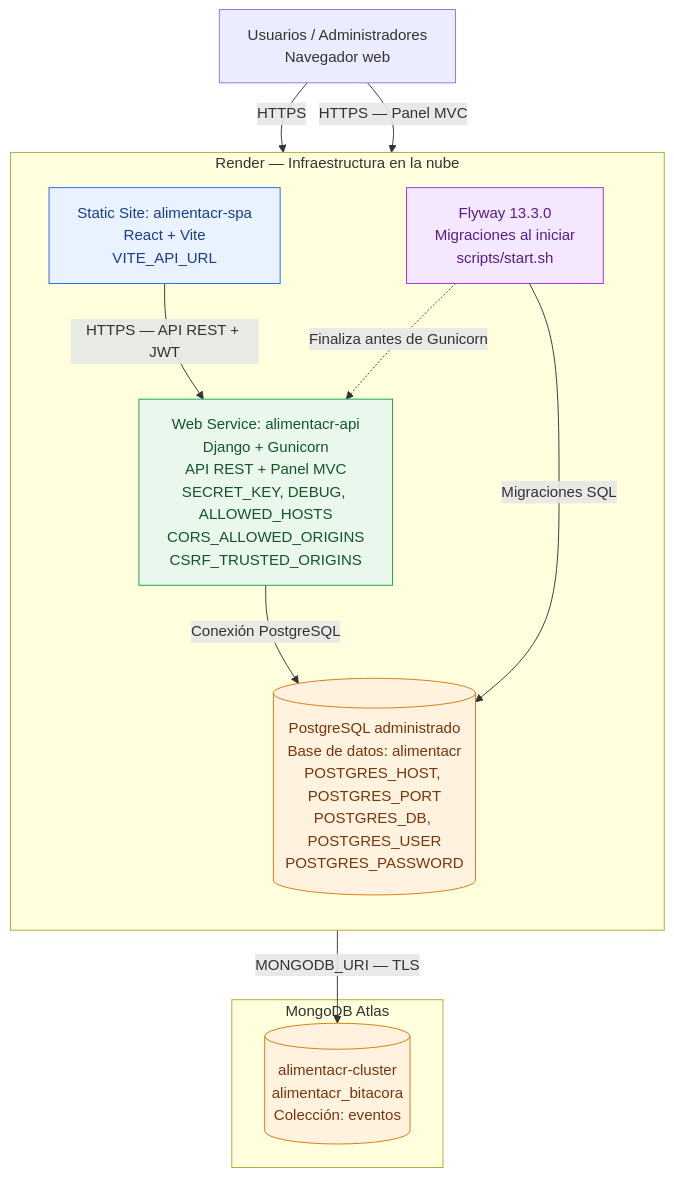
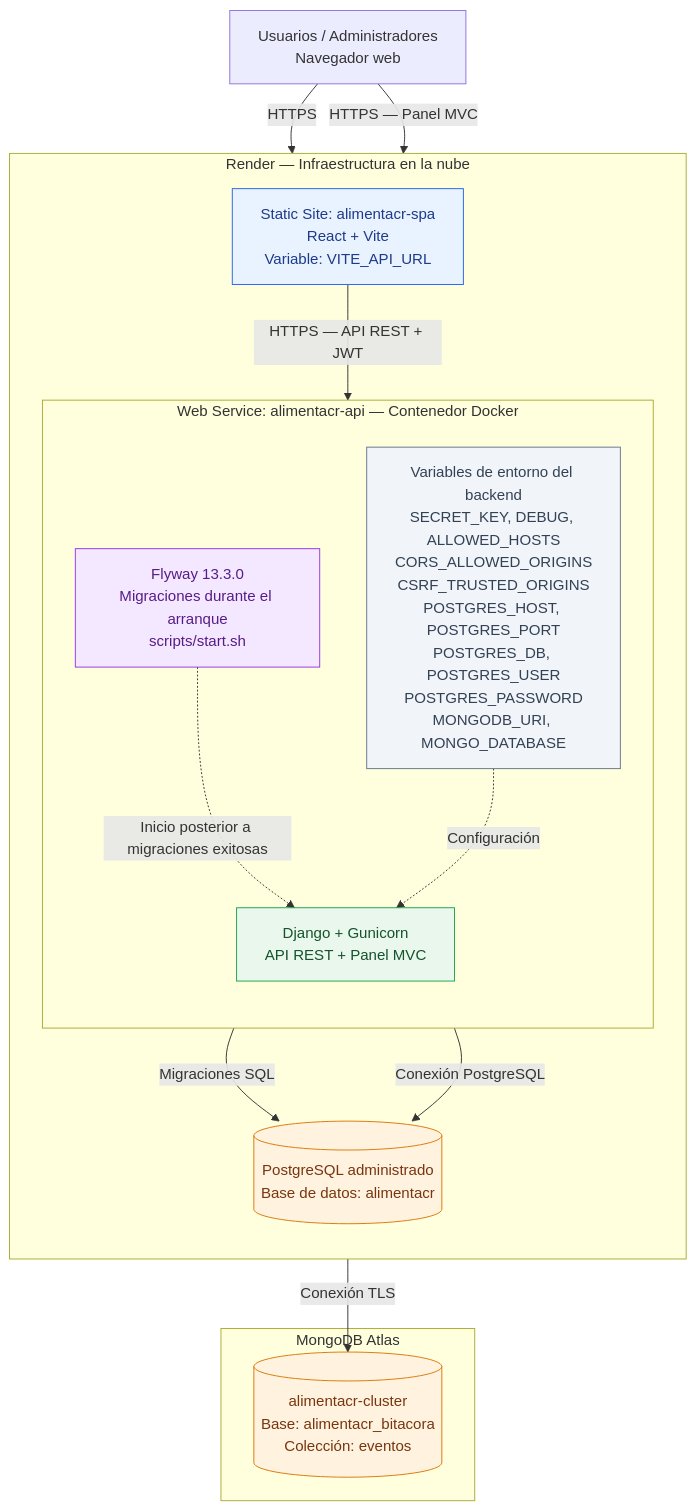
Before and after one commit to KevinSalbra/EIF509-PlataformaDonaciones: the diagram in docs/arquitectura/diagrama-despliegue.md, drawn with Mermaid. The commit also changed other lines of this file, not shown here.

Commit message:
fix: modificacion del grafico de despliegue

````diff
--- a/docs/arquitectura/diagrama-despliegue.md
+++ b/docs/arquitectura/diagrama-despliegue.md
@@ -9,41 +8,50 @@
 ```mermaid
 flowchart TB
     U["Usuarios / Administradores<br/>Navegador web"]
 
     subgraph RENDER["Render — Infraestructura en la nube"]
         direction TB
 
-        SPA["Static Site: alimentacr-spa<br/>React + Vite<br/>VITE_API_URL"]
+        SPA["Static Site: alimentacr-spa<br/>React + Vite<br/>Variable: VITE_API_URL"]
 
-        API["Web Service: alimentacr-api<br/>Django + Gunicorn<br/>API REST + Panel MVC<br/>SECRET_KEY, DEBUG, ALLOWED_HOSTS<br/>CORS_ALLOWED_ORIGINS<br/>CSRF_TRUSTED_ORIGINS"]
+        subgraph BACKEND["Web Service: alimentacr-api — Contenedor Docker"]
+            direction TB
 
-        FLYWAY["Flyway 13.3.0<br/>Migraciones al iniciar<br/>scripts/start.sh"]
+            FLYWAY["Flyway 13.3.0<br/>Migraciones durante el arranque<br/>scripts/start.sh"]
 
-        PG[("PostgreSQL administrado<br/>Base de datos: alimentacr<br/>POSTGRES_HOST, POSTGRES_PORT<br/>POSTGRES_DB, POSTGRES_USER<br/>POSTGRES_PASSWORD")]
+            API["Django + Gunicorn<br/>API REST + Panel MVC"]
+
+            ENV["Variables de entorno del backend<br/>SECRET_KEY, DEBUG, ALLOWED_HOSTS<br/>CORS_ALLOWED_ORIGINS<br/>CSRF_TRUSTED_ORIGINS<br/>POSTGRES_HOST, POSTGRES_PORT<br/>POSTGRES_DB, POSTGRES_USER<br/>POSTGRES_PASSWORD<br/>MONGODB_URI, MONGO_DATABASE"]
+
+            FLYWAY -.->|"Inicio posterior a migraciones exitosas"| API
+            ENV -.->|"Configuración"| API
+        end
+
+        PG[("PostgreSQL administrado<br/>Base de datos: alimentacr")]
     end
 
     subgraph ATLAS["MongoDB Atlas"]
-        MONGO[("alimentacr-cluster<br/>alimentacr_bitacora<br/>Colección: eventos")]
+        MONGO[("alimentacr-cluster<br/>Base: alimentacr_bitacora<br/>Colección: eventos")]
     end
 
     U -->|"HTTPS"| SPA
     U -->|"HTTPS — Panel MVC"| API
 
     SPA -->|"HTTPS — API REST + JWT"| API
 
     FLYWAY -->|"Migraciones SQL"| PG
-    FLYWAY -.->|"Finaliza antes de Gunicorn"| API
-
     API -->|"Conexión PostgreSQL"| PG
-    API -->|"MONGODB_URI — TLS"| MONGO
+    API -->|"Conexión TLS"| MONGO
 
     classDef frontend fill:#e8f3ff,stroke:#2563eb,color:#1e3a8a
     classDef backend fill:#eaf7ec,stroke:#16a34a,color:#14532d
     classDef database fill:#fff3df,stroke:#d97706,color:#78350f
     classDef migration fill:#f3e8ff,stroke:#9333ea,color:#581c87
+    classDef config fill:#f1f5f9,stroke:#64748b,color:#334155
 
     class SPA frontend
     class API backend
     class PG,MONGO database
     class FLYWAY migration
+    class ENV config
 ```
````
